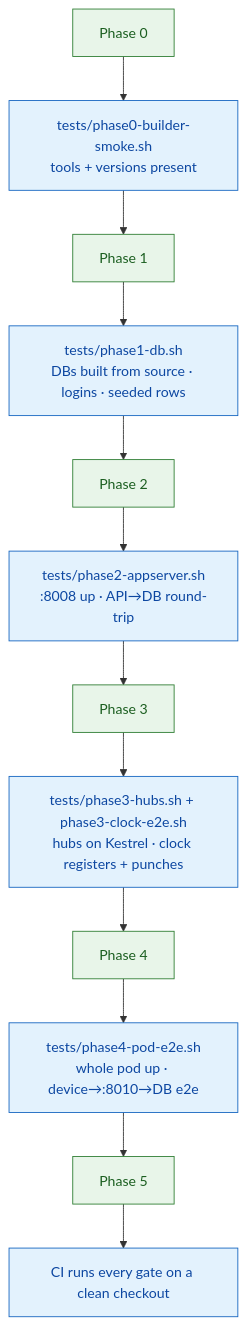
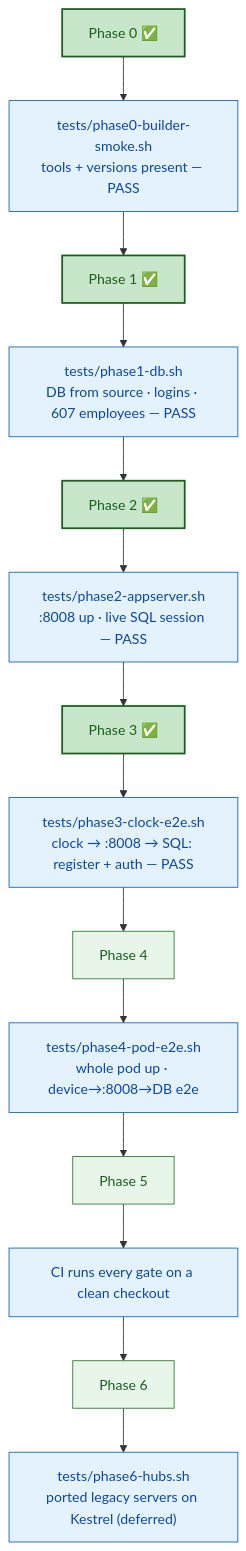
Before and after one commit to tcp-software/win11vbox: the fourth of 5 diagrams in docs/linux-pod-plan.md, drawn with Mermaid. The commit also changed other lines of this file, not shown here.

First line of the commit message:
linux-pod-plan: Phase 3 DONE (clock e2e vs :8008, gate PASS); ports become deferred Phase 6

````diff
--- a/docs/linux-pod-plan.md
+++ b/docs/linux-pod-plan.md
@@ -174,12 +175,15 @@
 ```mermaid
 flowchart TD
     classDef ph fill:#e8f5e9,stroke:#2e7d32,color:#1b5e20;
     classDef t  fill:#e3f2fd,stroke:#1565c0,color:#0d47a1;
 
-    P0["Phase 0"]:::ph --> T0["tests/phase0-builder-smoke.sh<br/>tools + versions present"]:::t
-    T0 --> P1["Phase 1"]:::ph --> T1["tests/phase1-db.sh<br/>DBs built from source · logins · seeded rows"]:::t
-    T1 --> P2["Phase 2"]:::ph --> T2["tests/phase2-appserver.sh<br/>:8008 up · API→DB round-trip"]:::t
-    T2 --> P3["Phase 3"]:::ph --> T3["tests/phase3-hubs.sh + phase3-clock-e2e.sh<br/>hubs on Kestrel · clock registers + punches"]:::t
-    T3 --> P4["Phase 4"]:::ph --> T4["tests/phase4-pod-e2e.sh<br/>whole pod up · device→:8010→DB e2e"]:::t
+    classDef done fill:#c8e6c9,stroke:#1b5e20,color:#1b5e20,stroke-width:2px;
+
+    P0["Phase 0 ✅"]:::done --> T0["tests/phase0-builder-smoke.sh<br/>tools + versions present — PASS"]:::t
+    T0 --> P1["Phase 1 ✅"]:::done --> T1["tests/phase1-db.sh<br/>DB from source · logins · 607 employees — PASS"]:::t
+    T1 --> P2["Phase 2 ✅"]:::done --> T2["tests/phase2-appserver.sh<br/>:8008 up · live SQL session — PASS"]:::t
+    T2 --> P3["Phase 3 ✅"]:::done --> T3["tests/phase3-clock-e2e.sh<br/>clock → :8008 → SQL: register + auth — PASS"]:::t
+    T3 --> P4["Phase 4"]:::ph --> T4["tests/phase4-pod-e2e.sh<br/>whole pod up · device→:8008→DB e2e"]:::t
     T4 --> P5["Phase 5"]:::ph --> T5["CI runs every gate on a clean checkout"]:::t
+    T5 --> P6["Phase 6"]:::ph --> T6["tests/phase6-hubs.sh<br/>ported legacy servers on Kestrel (deferred)"]:::t
 ```
````
